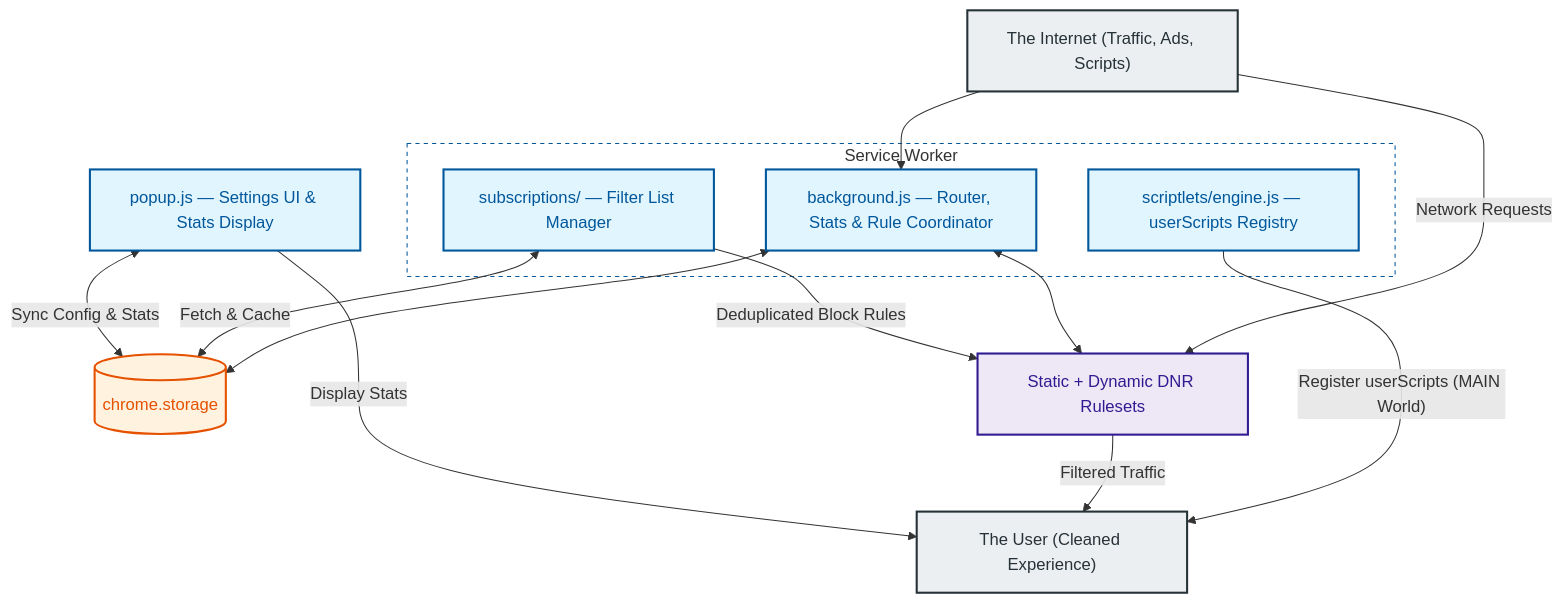
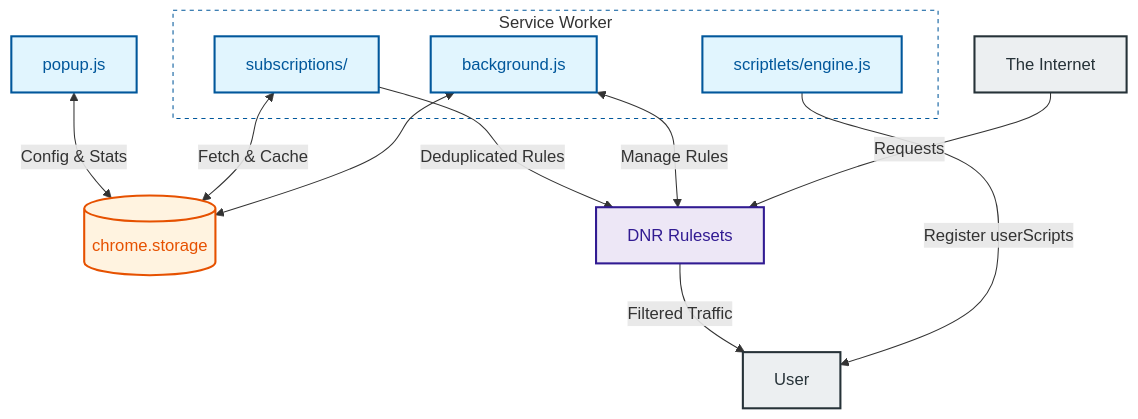
One commit to Dabrogost/Chroma-Ad-Blocker changed the second of 2 diagrams in README.md. Above: the diagram before and after it, drawn with Mermaid. The commit also changed other lines of this file and 13 other files, not shown here.

````diff
--- a/README.md
+++ b/README.md
@@ -82,36 +83,32 @@
 ```mermaid
 graph TD
     classDef sw      fill:#e1f5fe,color:#01579b,stroke:#01579b,stroke-width:2px
     classDef storage fill:#fff3e0,color:#e65100,stroke:#e65100,stroke-width:2px
     classDef dnr     fill:#ede7f6,color:#311b92,stroke:#311b92,stroke-width:2px
     classDef actor   fill:#eceff1,color:#263238,stroke:#263238,stroke-width:2px
 
-    INTERNET["The Internet (Traffic, Ads, Scripts)"]:::actor
+    INTERNET["The Internet"]:::actor
 
     subgraph SW["Service Worker"]
-        BG["background.js — Router, Stats & Rule Coordinator"]:::sw
-        SUBS["subscriptions/ — Filter List Manager"]:::sw
-        SCRPT["scriptlets/engine.js — userScripts Registry"]:::sw
+        BG["background.js"]:::sw
+        SUBS["subscriptions/"]:::sw
+        SCRPT["scriptlets/engine.js"]:::sw
     end
 
-    POPUP["popup.js — Settings UI & Stats Display"]:::sw
+    POPUP["popup.js"]:::sw
     STORAGE[("chrome.storage")]:::storage
-    DNR["Static + Dynamic DNR Rulesets"]:::dnr
+    DNR["DNR Rulesets"]:::dnr
+    USER["User"]:::actor
 
-    USER["The User (Cleaned Experience)"]:::actor
-
-    INTERNET -- "Network Requests" --> DNR
-    INTERNET --> BG
-
+    INTERNET -->|"Requests"| DNR
     BG <--> STORAGE
-    BG <--> DNR
-    SUBS -->|"Deduplicated Block Rules"| DNR
+    BG <-->|"Manage Rules"| DNR
+    SUBS -->|"Deduplicated Rules"| DNR
     SUBS <-->|"Fetch & Cache"| STORAGE
-    SCRPT -->|"Register userScripts (MAIN World)"| USER
-    POPUP <-->|"Sync Config & Stats"| STORAGE
+    SCRPT -->|"Register userScripts"| USER
+    POPUP <-->|"Config & Stats"| STORAGE
 
     DNR -->|"Filtered Traffic"| USER
-    POPUP -->|"Display Stats"| USER
 
     style SW fill:none,stroke:#01579b,stroke-width:1px,stroke-dasharray:4
 ```
````
